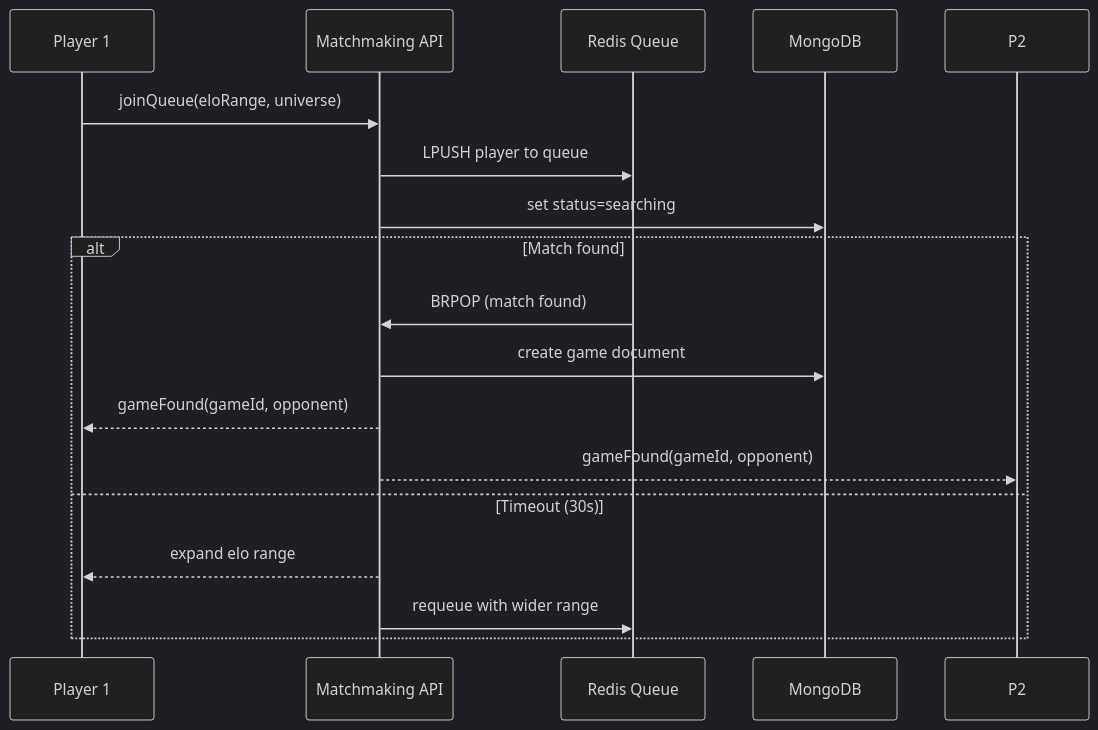
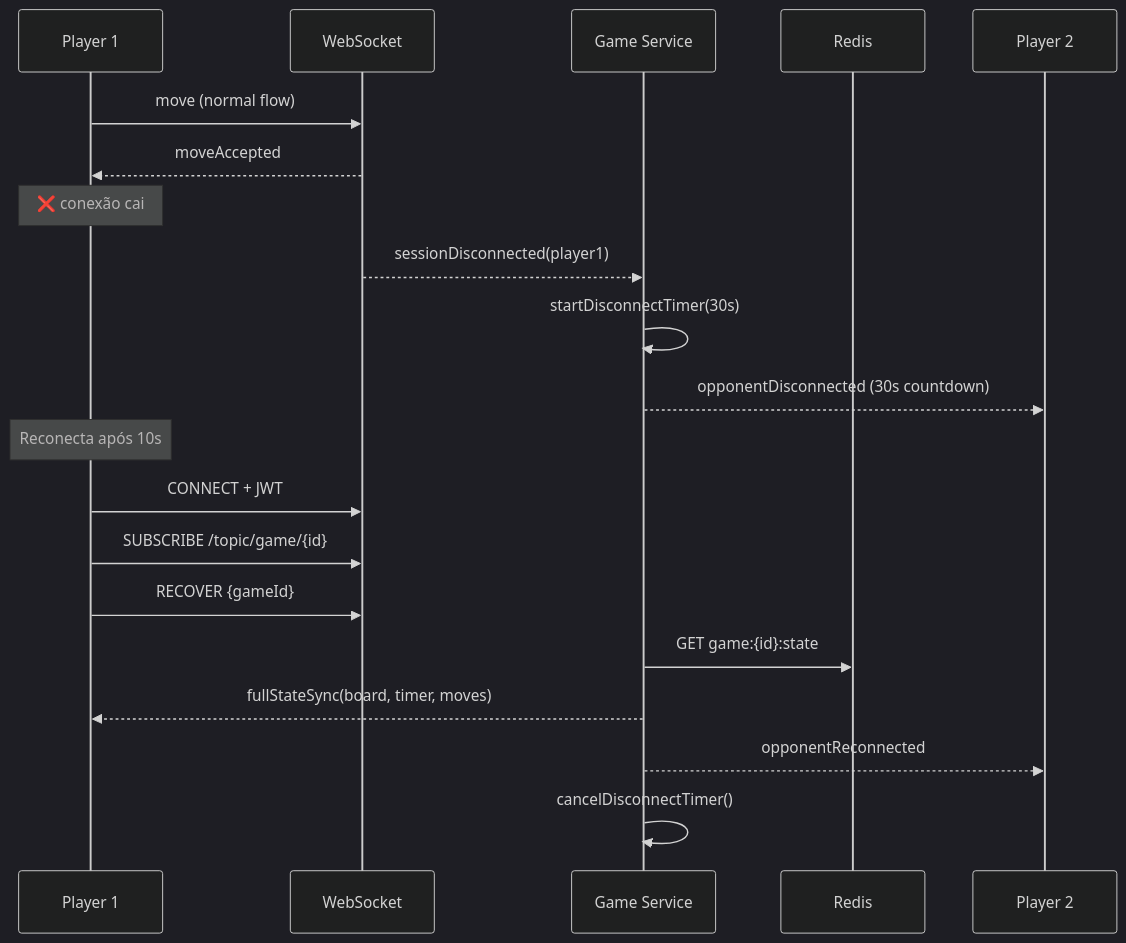
Before and after one commit to victorsplat/Studies: the fourth of 4 diagrams in Mockups/Projects/OmniChess/ARCHITECTURE.MD, drawn with Mermaid (dark theme). The commit also changed other lines of this file and 2 other files, not shown here.

````diff
--- a/Mockups/Projects/OmniChess/ARCHITECTURE.MD
+++ b/Mockups/Projects/OmniChess/ARCHITECTURE.MD
@@ -114,21 +269,26 @@
 ```mermaid
 sequenceDiagram
     participant P1 as Player 1
-    participant API as Matchmaking API
-    participant REDIS as Redis Queue
-    participant MDB as MongoDB
+    participant WS as WebSocket
+    participant GS as Game Service
+    participant REDIS as Redis
+    participant P2 as Player 2
 
-    P1->>API: joinQueue(eloRange, universe)
-    API->>REDIS: LPUSH player to queue
-    API->>MDB: set status=searching
+    P1->>WS: move (normal flow)
+    WS-->>P1: moveAccepted
+    Note over P1: ❌ conexão cai
 
-    alt Match found
-        REDIS->>API: BRPOP (match found)
-        API->>MDB: create game document
-        API-->>P1: gameFound(gameId, opponent)
-        API-->>P2: gameFound(gameId, opponent)
-    else Timeout (30s)
-        API-->>P1: expand elo range
-        API->>REDIS: requeue with wider range
-    end
+    WS-->>GS: sessionDisconnected(player1)
+    GS->>GS: startDisconnectTimer(30s)
+    GS-->>P2: opponentDisconnected (30s countdown)
+
+    Note over P1: Reconecta após 10s
+    P1->>WS: CONNECT + JWT
+    P1->>WS: SUBSCRIBE /topic/game/{id}
+    P1->>WS: RECOVER {gameId}
+
+    GS->>REDIS: GET game:{id}:state
+    GS-->>P1: fullStateSync(board, timer, moves)
+    GS-->>P2: opponentReconnected
+    GS->>GS: cancelDisconnectTimer()
 ```
````
